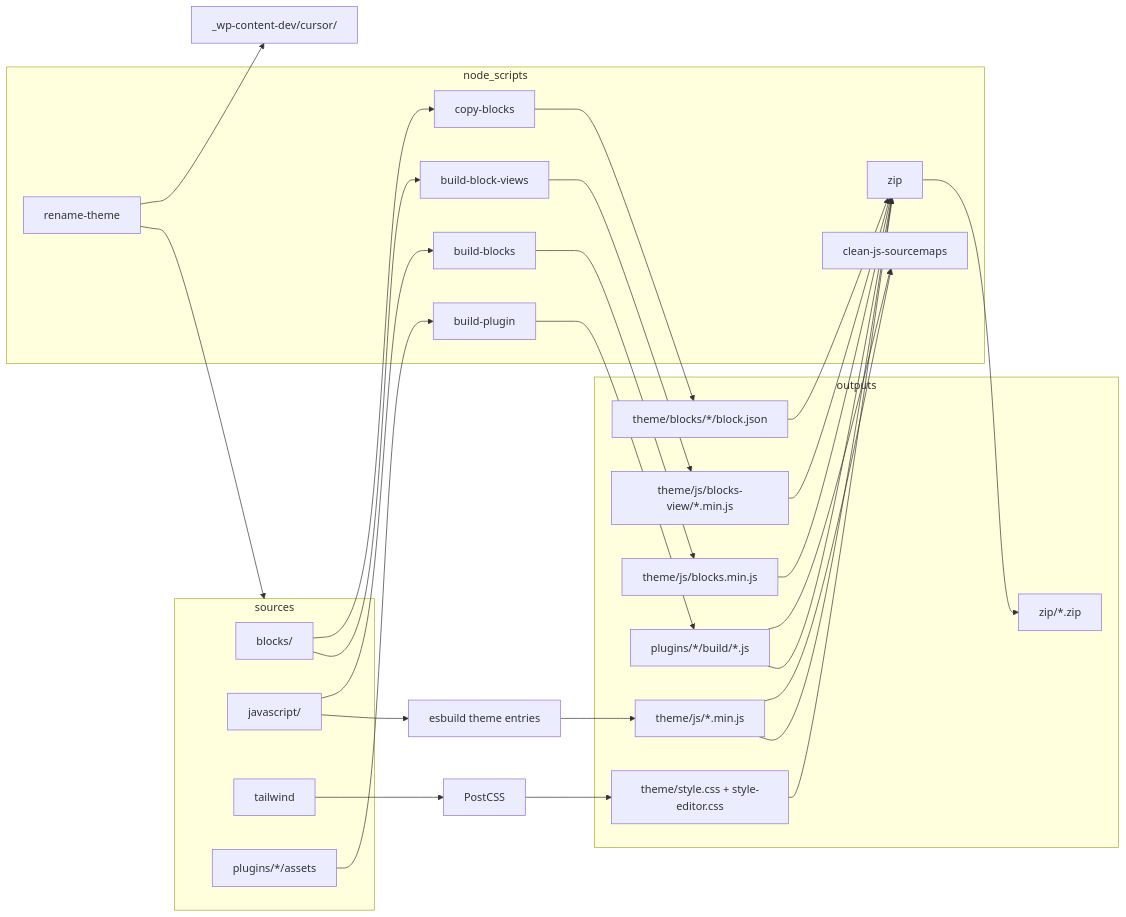
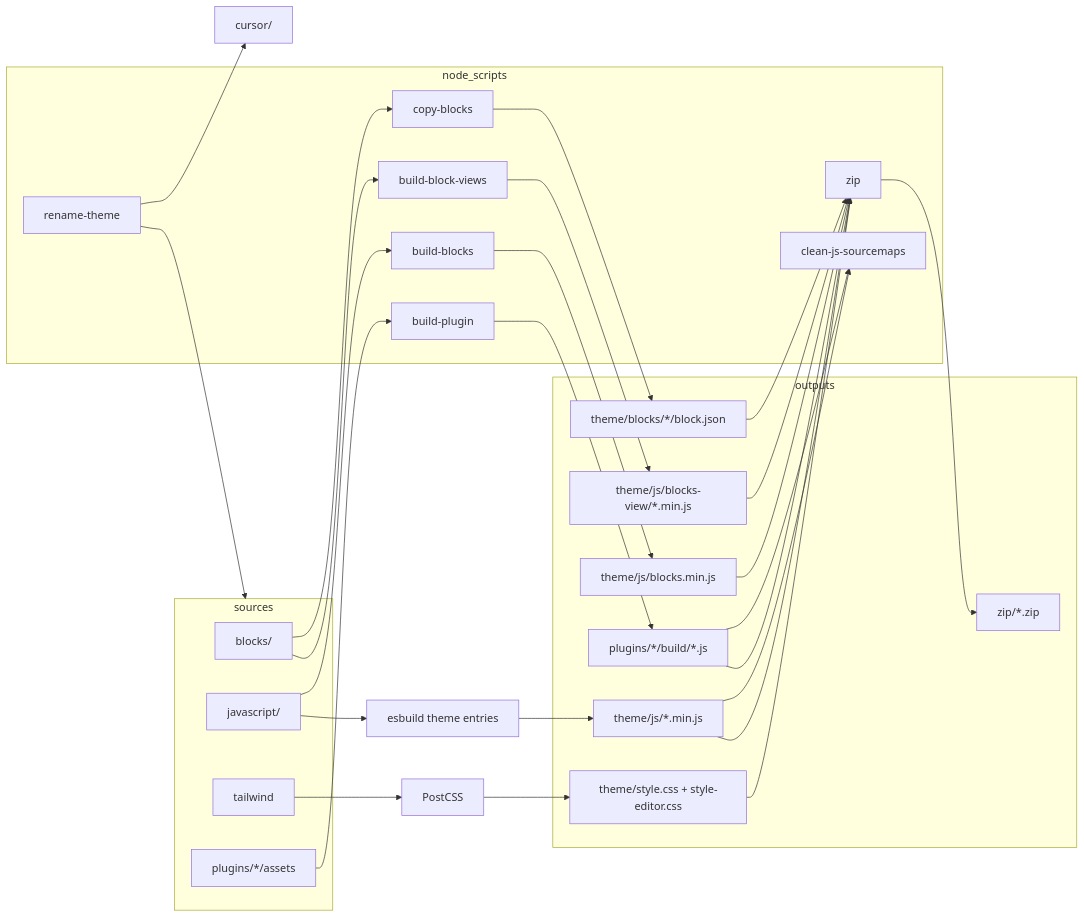
Before and after one commit to jswebschmiede/Wordpress-Dev-Blueprint: the diagram in boilerplate-theme/docs/DEVELOPMENT.md, drawn with Mermaid. The commit also changed other lines of this file and 14 other files, not shown here.

````diff
--- a/boilerplate-theme/docs/DEVELOPMENT.md
+++ b/boilerplate-theme/docs/DEVELOPMENT.md
@@ -20,50 +20,50 @@
 ```mermaid
 flowchart LR
   subgraph sources
     B[blocks/]
     J[javascript/]
     T[tailwind]
     P[plugins/*/assets]
   end
   subgraph node[node_scripts]
     CB[copy-blocks]
     BB[build-blocks]
     BV[build-block-views]
     BP[build-plugin]
     RT[rename-theme]
     ZP[zip]
     CS[clean-js-sourcemaps]
   end
   subgraph outputs
     TB[theme/blocks/*/block.json]
     TM[theme/js/blocks.min.js]
     TV[theme/js/blocks-view/*.min.js]
     TJ[theme/js/*.min.js]
     PB[plugins/*/build/*.js]
     CSS[theme/style.css + style-editor.css]
     ZO[zip/*.zip]
   end
   B --> CB
   CB --> TB
   J --> BB
   BB --> TM
   B --> BV
   BV --> TV
   J --> esbuild[esbuild theme entries]
   esbuild --> TJ
   T --> postcss[PostCSS]
   postcss --> CSS
   P --> BP
   BP --> PB
   RT --> sources
-  RT --> cursor[_wp-content-dev/cursor/]
+  RT --> cursorRepo[cursor/]
   TJ --> CS
   PB --> CS
   TB --> ZP
   TM --> ZP
   TV --> ZP
   TJ --> ZP
   CSS --> ZP
   PB --> ZP
   ZP --> ZO
 ```
````
